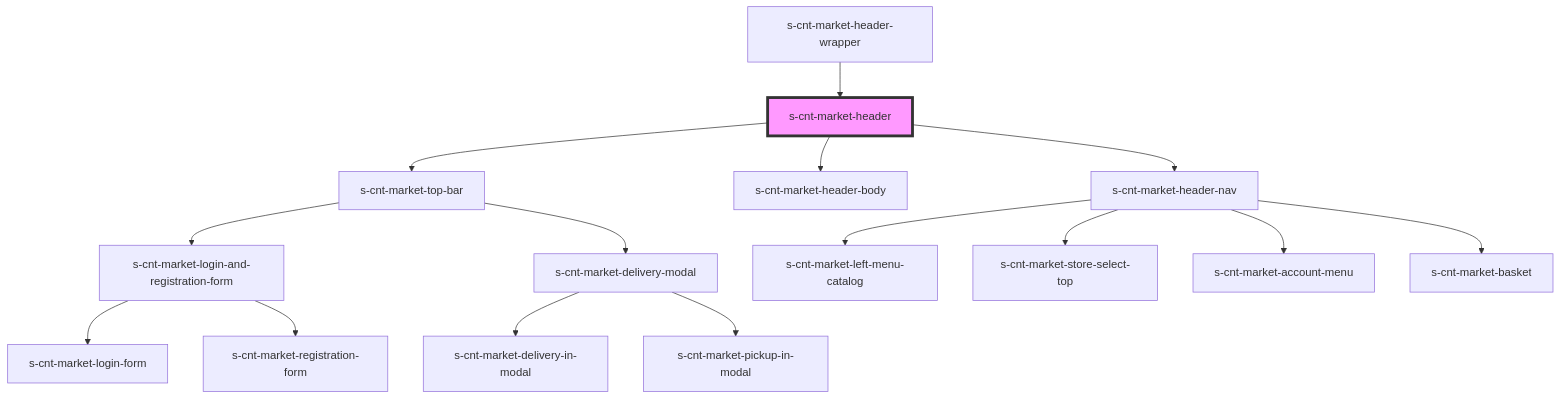
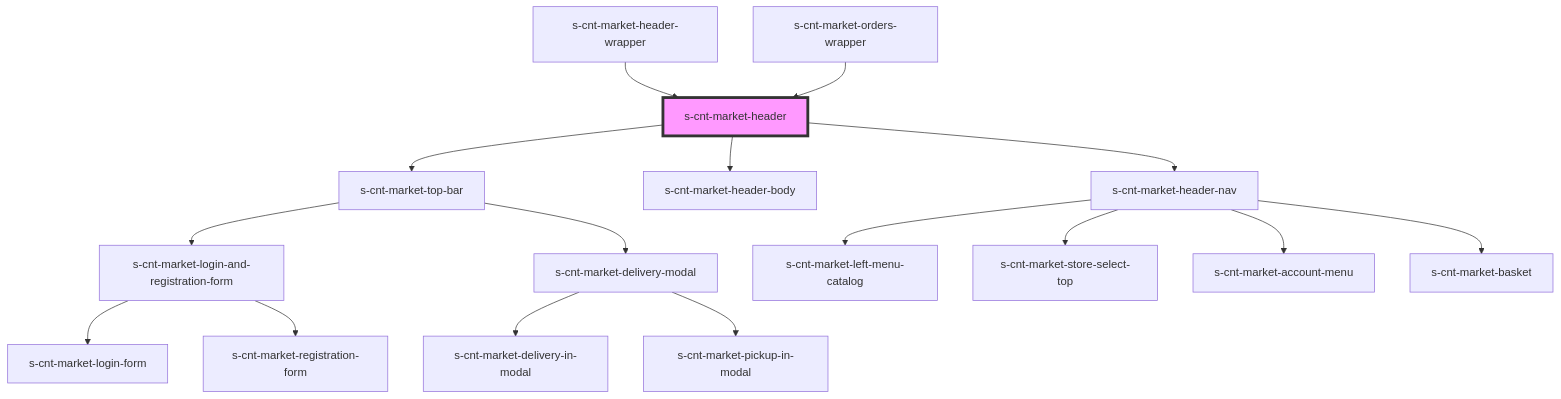
Before and after one commit to saqhan/stencil-market: the diagram in src/components/group-b/res/view/s-cnt-market-header-wrapper/res/view/s-cnt-market-header/readme.md, drawn with Mermaid. The commit also changed other lines of this file and 16 other files, not shown here.

````diff
--- a/src/components/group-b/res/view/s-cnt-market-header-wrapper/res/view/s-cnt-market-header/readme.md
+++ b/src/components/group-b/res/view/s-cnt-market-header-wrapper/res/view/s-cnt-market-header/readme.md
@@ -36,18 +37,19 @@
 ```mermaid
 graph TD;
   s-cnt-market-header --> s-cnt-market-top-bar
   s-cnt-market-header --> s-cnt-market-header-body
   s-cnt-market-header --> s-cnt-market-header-nav
   s-cnt-market-top-bar --> s-cnt-market-login-and-registration-form
   s-cnt-market-top-bar --> s-cnt-market-delivery-modal
   s-cnt-market-login-and-registration-form --> s-cnt-market-login-form
   s-cnt-market-login-and-registration-form --> s-cnt-market-registration-form
   s-cnt-market-delivery-modal --> s-cnt-market-delivery-in-modal
   s-cnt-market-delivery-modal --> s-cnt-market-pickup-in-modal
   s-cnt-market-header-nav --> s-cnt-market-left-menu-catalog
   s-cnt-market-header-nav --> s-cnt-market-store-select-top
   s-cnt-market-header-nav --> s-cnt-market-account-menu
   s-cnt-market-header-nav --> s-cnt-market-basket
   s-cnt-market-header-wrapper --> s-cnt-market-header
+  s-cnt-market-orders-wrapper --> s-cnt-market-header
   style s-cnt-market-header fill:#f9f,stroke:#333,stroke-width:4px
 ```
````
